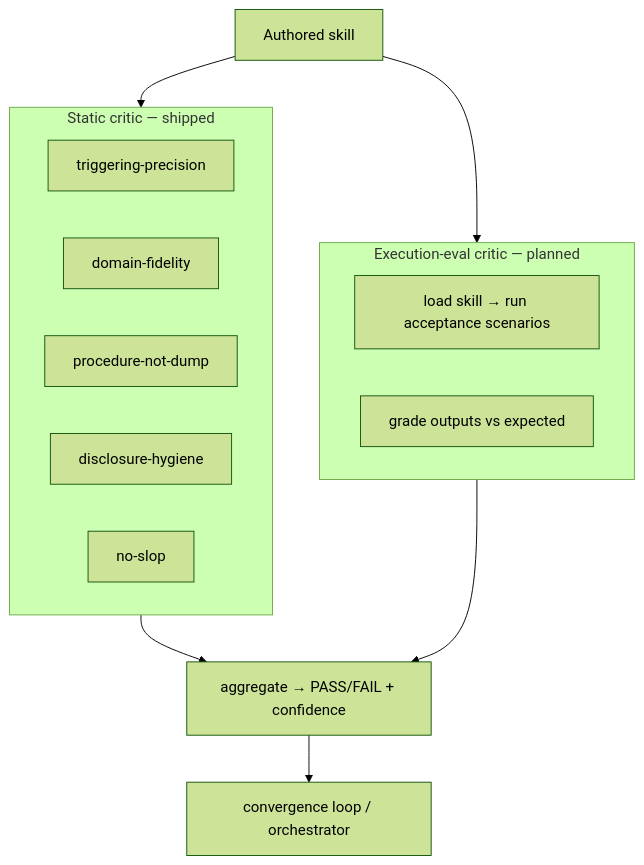
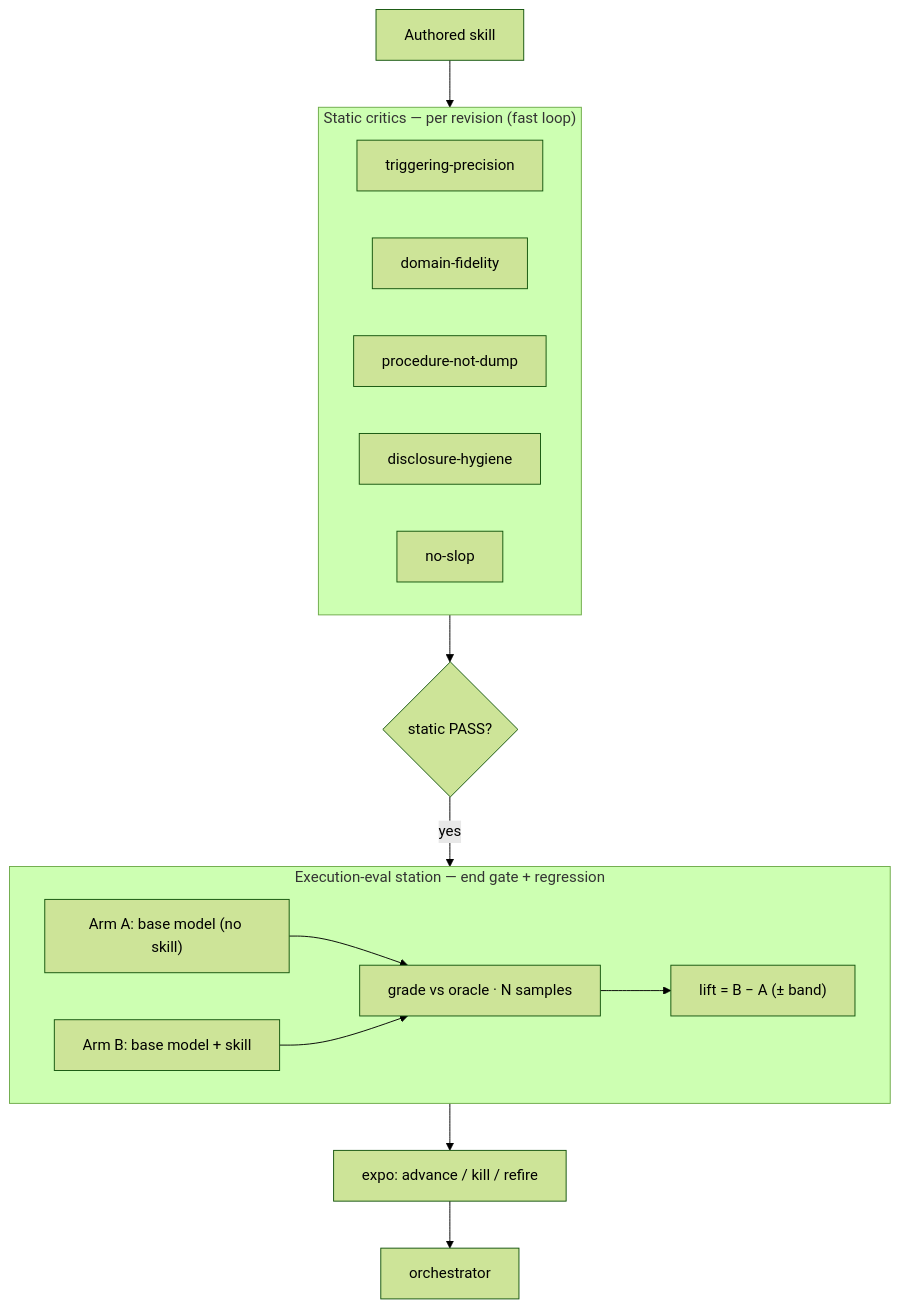
One commit to RayDataCo/ray-plugins changed the third of 3 diagrams in plugins/skill-dev-pipeline/README.md. Above: the diagram before and after it, drawn with Mermaid (forest theme). The commit also changed other lines of this file and 3 other files, not shown here.

First line of the commit message:
Wire the execution-eval station (lift over base model)

````diff
--- a/plugins/skill-dev-pipeline/README.md
+++ b/plugins/skill-dev-pipeline/README.md
@@ -84,19 +84,22 @@
 ```mermaid
 flowchart TB
   SK["Authored skill"] --> STATIC
-  subgraph STATIC["Static critic — shipped"]
+  subgraph STATIC["Static critics — per revision (fast loop)"]
     A1["triggering-precision"]
     A2["domain-fidelity"]
     A3["procedure-not-dump"]
     A4["disclosure-hygiene"]
     A5["no-slop"]
   end
-  SK --> EXEC
-  subgraph EXEC["Execution-eval critic — planned"]
-    E1["load skill → run acceptance scenarios"]
-    E2["grade outputs vs expected"]
+  STATIC --> PASS{"static PASS?"}
+  PASS -->|yes| EXEC
+  subgraph EXEC["Execution-eval station — end gate + regression"]
+    E1["Arm A: base model (no skill)"]
+    E2["Arm B: base model + skill"]
+    E1 --> E3["grade vs oracle · N samples"]
+    E2 --> E3
+    E3 --> E4["lift = B − A (± band)"]
   end
-  STATIC --> AGG["aggregate → PASS/FAIL + confidence"]
-  EXEC --> AGG
-  AGG --> LOOP["convergence loop / orchestrator"]
+  EXEC --> DEC["expo: advance / kill / refire"]
+  DEC --> LOOP["orchestrator"]
 ```
````
